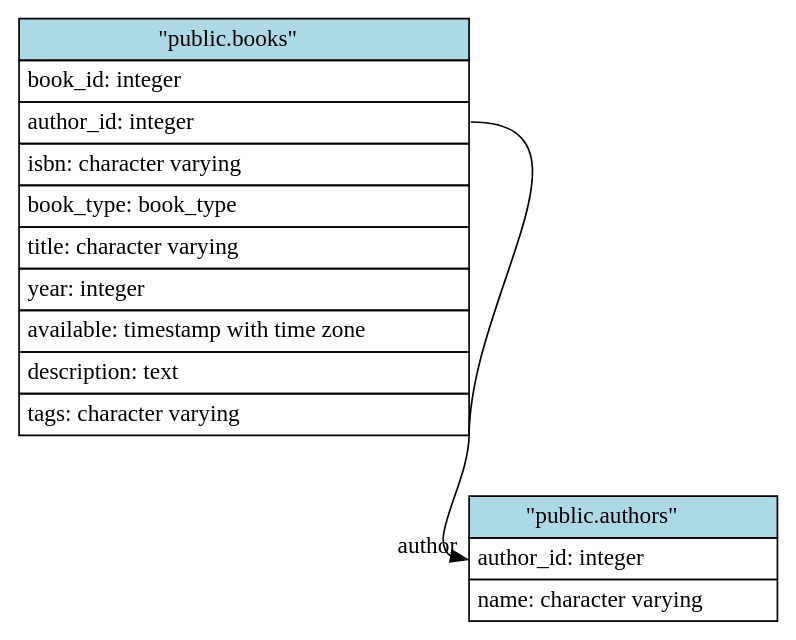
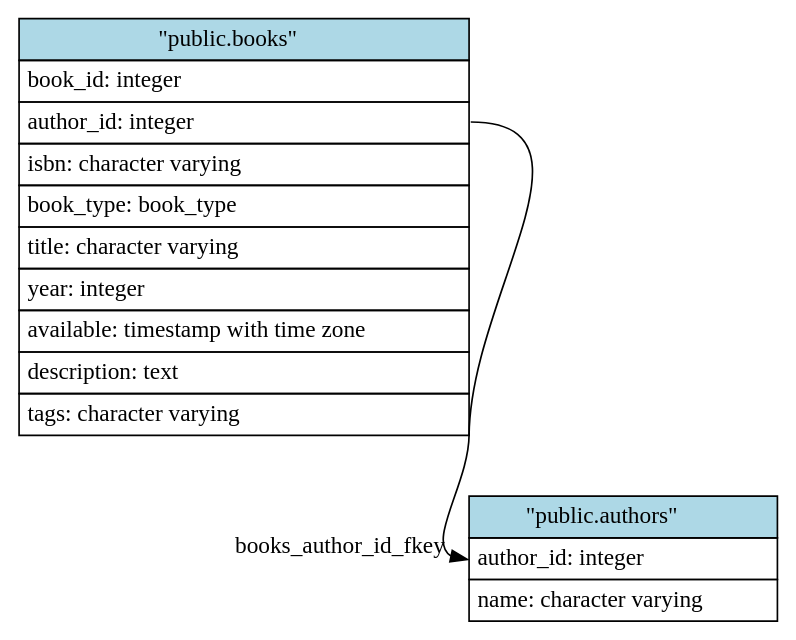
Before and after one commit to niurkacanals/Sql-expert-for-database: the diagram in _examples/booktest/postgres/xo.xo.dot, drawn with Graphviz. The commit also changed 49 other files, not shown here.

```diff
--- a/_examples/booktest/postgres/xo.xo.dot
+++ b/_examples/booktest/postgres/xo.xo.dot
@@ -1,31 +1,31 @@
 // Generated by xo for the public schema.
 digraph public {
 	// Defaults
 	node [shape=none
 	 margin=0]
 	
 	// Nodes (tables)
 	"public.authors" [ label=<
 		<table border="0" cellborder="1" cellspacing="0" cellpadding="4">
 		<tr><td bgcolor="lightblue">"public.authors"</td></tr>
 		<tr><td align="left" PORT="author_id">author_id: integer</td></tr>
 		<tr><td align="left" PORT="name">name: character varying</td></tr>
 		</table>> ]
 	
 	"public.books" [ label=<
 		<table border="0" cellborder="1" cellspacing="0" cellpadding="4">
 		<tr><td bgcolor="lightblue">"public.books"</td></tr>
 		<tr><td align="left" PORT="book_id">book_id: integer</td></tr>
 		<tr><td align="left" PORT="author_id">author_id: integer</td></tr>
 		<tr><td align="left" PORT="isbn">isbn: character varying</td></tr>
 		<tr><td align="left" PORT="book_type">book_type: book_type</td></tr>
 		<tr><td align="left" PORT="title">title: character varying</td></tr>
 		<tr><td align="left" PORT="year">year: integer</td></tr>
 		<tr><td align="left" PORT="available">available: timestamp with time zone</td></tr>
 		<tr><td align="left" PORT="description">description: text</td></tr>
 		<tr><td align="left" PORT="tags">tags: character varying</td></tr>
 		</table>> ]
 	
 	"public.books":"author_id":e -> "public.authors":"author_id":w [
-		headlabel="author"]
+		headlabel="books_author_id_fkey"]
 }
```
